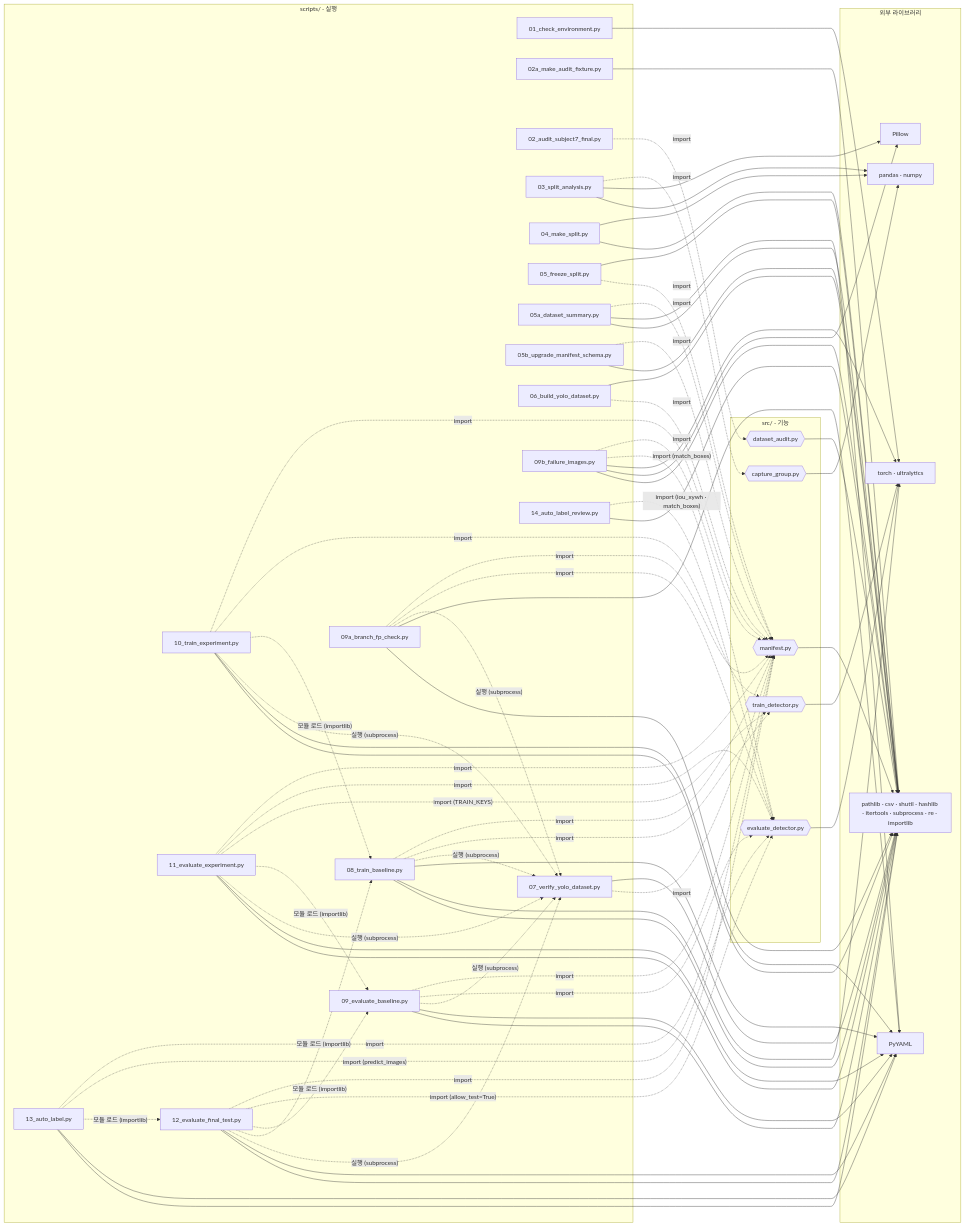
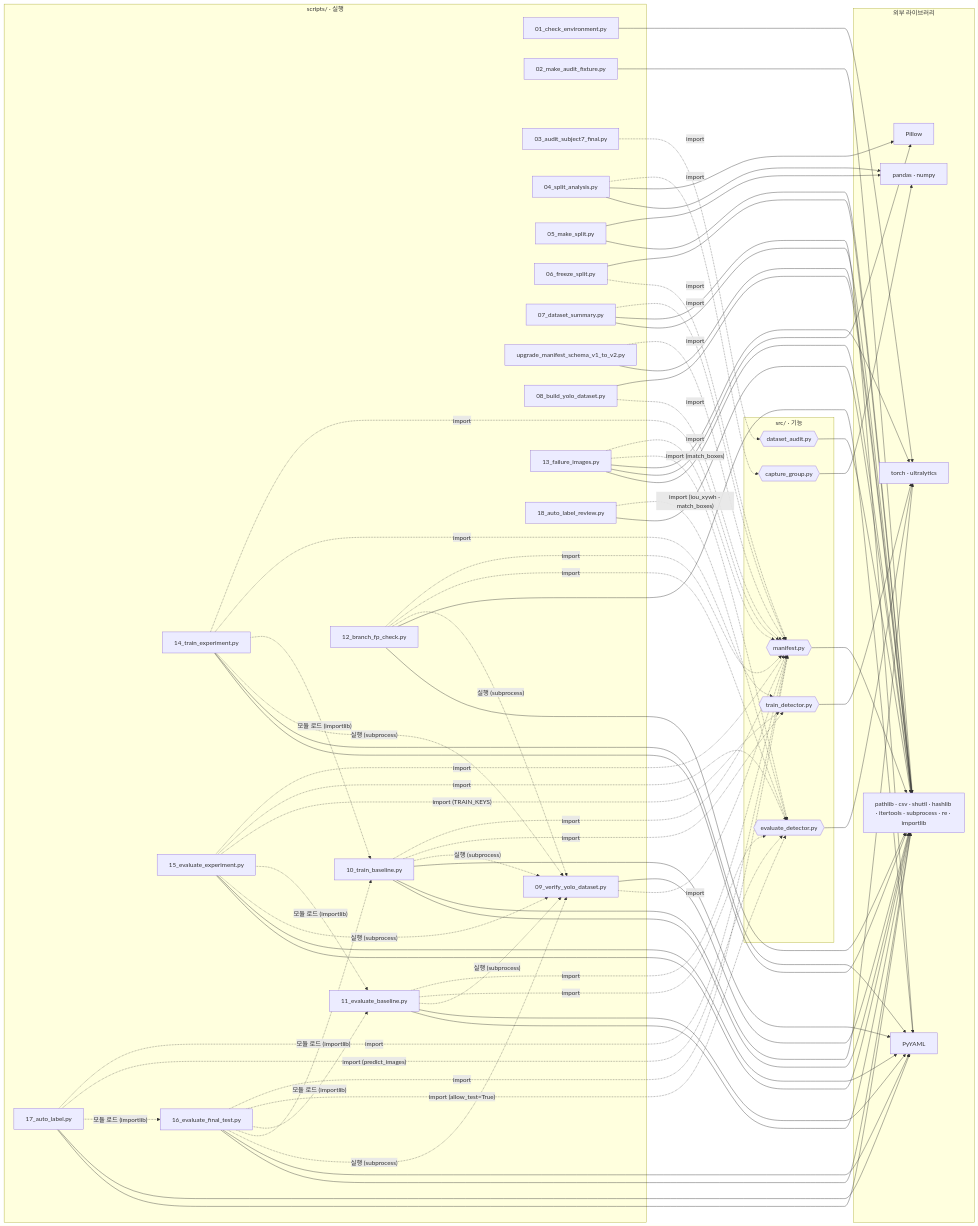
The tenth of 10 diagrams in prj08/docs/code_flow.md (howolcat/prj2026.10), drawn with Mermaid before and after one commit. The commit also changed other lines of this file and 129 other files, not shown here.

```diff
--- a/prj08/docs/code_flow.md
+++ b/prj08/docs/code_flow.md
@@ -647,24 +647,24 @@
     end
     subgraph SCR["scripts/ · 실행"]
         S01["01_check_environment.py"]
-        S02A["02a_make_audit_fixture.py"]
-        S02["02_audit_subject7_final.py"]
-        S03["03_split_analysis.py"]
-        S04["04_make_split.py"]
-        S05["05_freeze_split.py"]
-        S05A["05a_dataset_summary.py"]
-        S05B["05b_upgrade_manifest_schema.py"]
-        S06["06_build_yolo_dataset.py"]
-        S07["07_verify_yolo_dataset.py"]
-        S08["08_train_baseline.py"]
-        S09["09_evaluate_baseline.py"]
-        S09A["09a_branch_fp_check.py"]
-        S09B["09b_failure_images.py"]
-        S10["10_train_experiment.py"]
-        S11["11_evaluate_experiment.py"]
-        S12["12_evaluate_final_test.py"]
-        S13["13_auto_label.py"]
-        S14["14_auto_label_review.py"]
+        S02A["02_make_audit_fixture.py"]
+        S02["03_audit_subject7_final.py"]
+        S03["04_split_analysis.py"]
+        S04["05_make_split.py"]
+        S05["06_freeze_split.py"]
+        S05A["07_dataset_summary.py"]
+        S05B["upgrade_manifest_schema_v1_to_v2.py"]
+        S06["08_build_yolo_dataset.py"]
+        S07["09_verify_yolo_dataset.py"]
+        S08["10_train_baseline.py"]
+        S09["11_evaluate_baseline.py"]
+        S09A["12_branch_fp_check.py"]
+        S09B["13_failure_images.py"]
+        S10["14_train_experiment.py"]
+        S11["15_evaluate_experiment.py"]
+        S12["16_evaluate_final_test.py"]
+        S13["17_auto_label.py"]
+        S14["18_auto_label_review.py"]
     end
     subgraph LIB["외부 라이브러리"]
         T["torch · ultralytics"]
```
